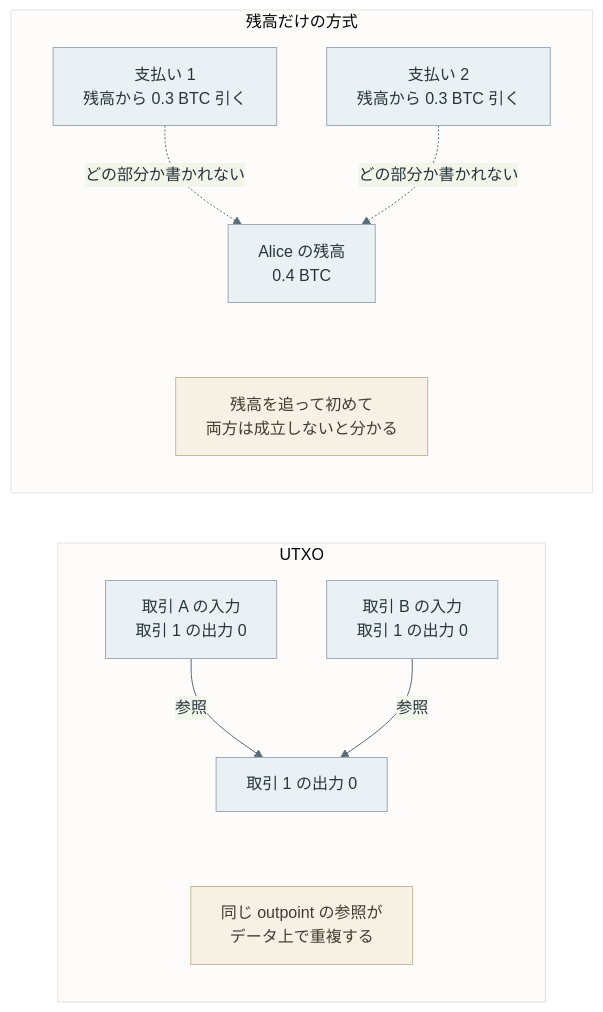
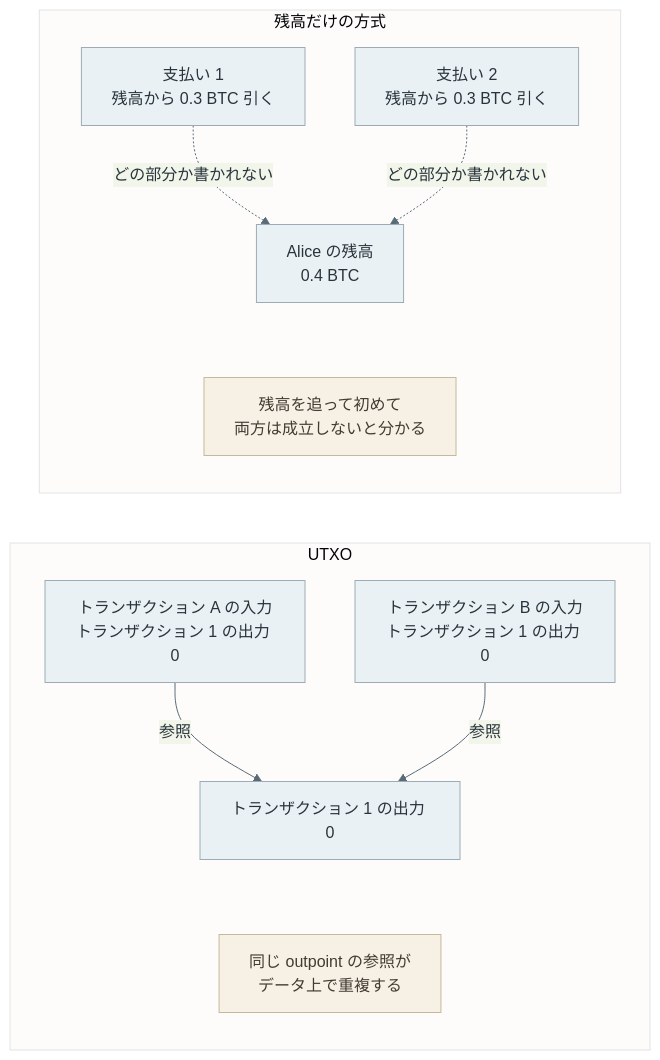
Before and after one commit to nao1215/debimate: the first of 4 diagrams in content/notes/blockchain-systems/utxo/index.md, drawn with Mermaid. The commit also changed other lines of this file and 129 other files, not shown here.

````diff
--- a/content/notes/blockchain-systems/utxo/index.md
+++ b/content/notes/blockchain-systems/utxo/index.md
@@ -52,24 +52,24 @@
 ```mermaid
 %%{init: {"theme":"base","themeVariables":{"primaryColor":"#eaf1f5","primaryTextColor":"#28343b","primaryBorderColor":"#9cabb5","lineColor":"#596b76","textColor":"#28343b","actorBkg":"#eaf1f5","actorBorder":"#9cabb5","actorTextColor":"#28343b","actorLineColor":"#9cabb5","signalColor":"#596b76","signalTextColor":"#28343b","noteBkgColor":"#f7f1e5","noteBorderColor":"#c5b99b","noteTextColor":"#403c32","activationBkgColor":"#edf3ef","activationBorderColor":"#9aafa1"}}}%%
 flowchart LR
     subgraph UT["UTXO"]
-        U1["取引 A の入力<br/>取引 1 の出力 0"]
-        U2["取引 B の入力<br/>取引 1 の出力 0"]
-        UO["取引 1 の出力 0"]
+        U1["トランザクション A の入力<br/>トランザクション 1 の出力 0"]
+        U2["トランザクション B の入力<br/>トランザクション 1 の出力 0"]
+        UO["トランザクション 1 の出力 0"]
         U1 -->|"参照"| UO
         U2 -->|"参照"| UO
         N2["同じ outpoint の参照が<br/>データ上で重複する"]:::note
         UO ~~~ N2
     end
     subgraph AC["残高だけの方式"]
         A1["支払い 1<br/>残高から 0.3 BTC 引く"]
         A2["支払い 2<br/>残高から 0.3 BTC 引く"]
         AB["Alice の残高<br/>0.4 BTC"]
         A1 -.->|"どの部分か書かれない"| AB
         A2 -.->|"どの部分か書かれない"| AB
         N1["残高を追って初めて<br/>両方は成立しないと分かる"]:::note
         AB ~~~ N1
     end
     classDef default fill:#eaf1f5,stroke:#9cabb5,color:#28343b;
     classDef note fill:#f7f1e5,stroke:#c5b99b,color:#403c32;
 ```
````
